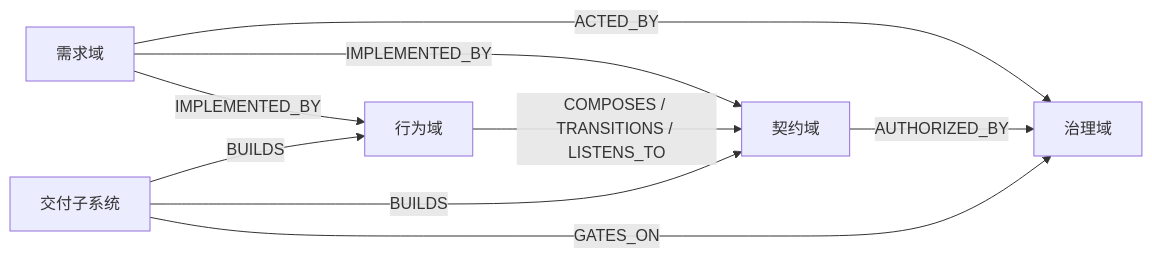
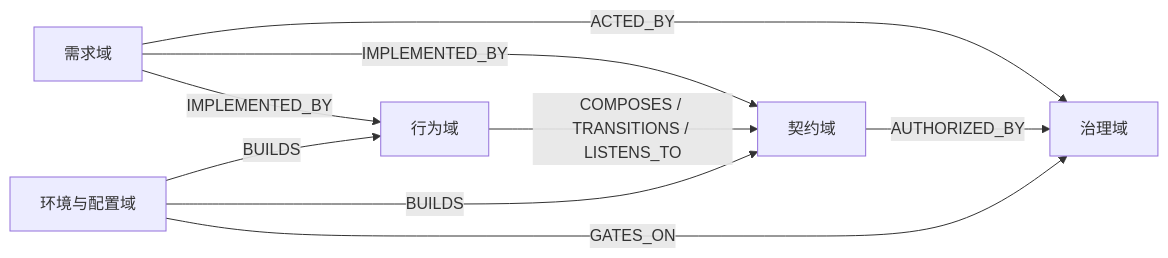
One commit to wang-x-xia/learn-ai changed the first of 2 diagrams in idea/sds/concepts.md. Above: the diagram before and after it, drawn with Mermaid. The commit also changed other lines of this file and 10 other files, not shown here.

````diff
--- a/idea/sds/concepts.md
+++ b/idea/sds/concepts.md
@@ -103,10 +115,10 @@
 ```mermaid
 graph LR
     RD["需求域"] -->|IMPLEMENTED_BY| CD["契约域"]
     RD -->|IMPLEMENTED_BY| BD["行为域"]
     BD -->|COMPOSES / TRANSITIONS / LISTENS_TO| CD
     RD -->|ACTED_BY| GD["治理域"]
     CD -->|AUTHORIZED_BY| GD
-    DL["交付子系统"] -->|BUILDS| CD & BD
+    DL["环境与配置域"] -->|BUILDS| CD & BD
     DL -->|GATES_ON| GD
 ```
````
